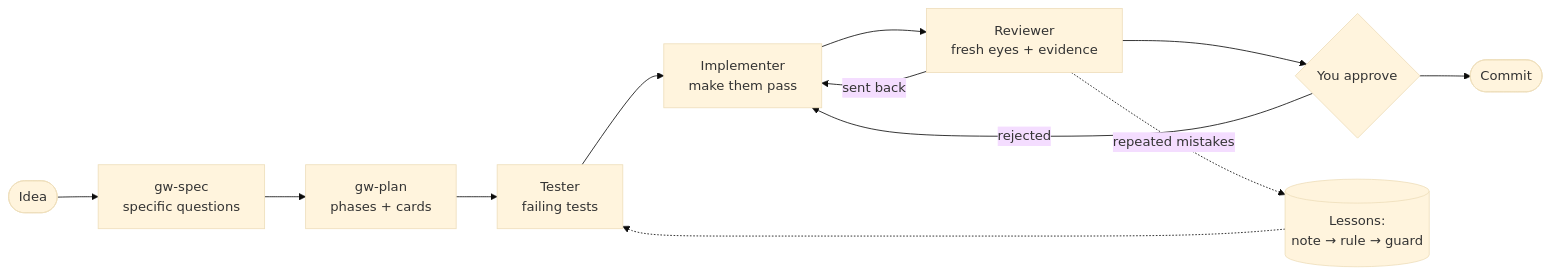
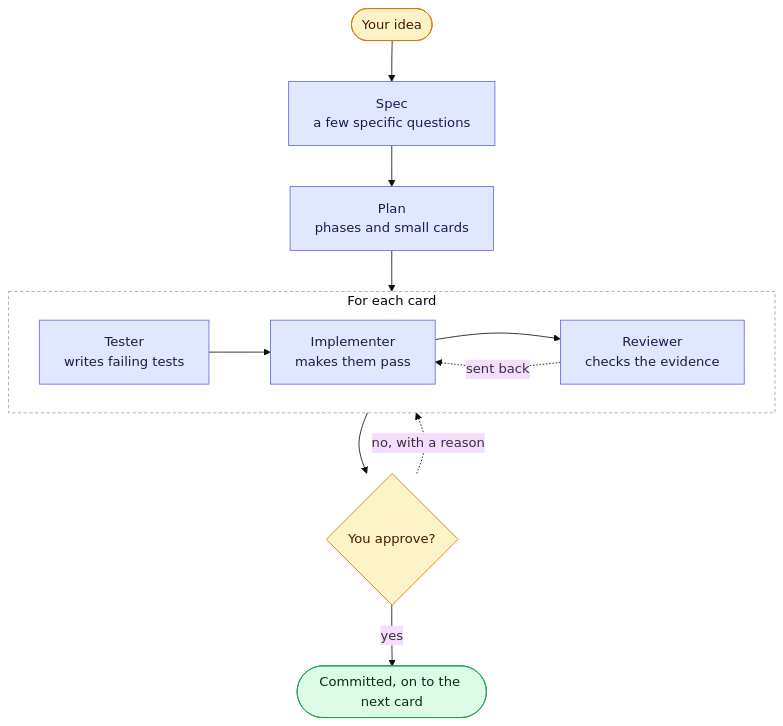
The diagram in README.md (ramesesbarria/groundwork), drawn with Mermaid (base theme) before and after one commit. The commit also changed other lines of this file and 4 other files, not shown here.

First line of the commit message:
README: clearer graph, getting started, commands

````diff
--- a/README.md
+++ b/README.md
@@ -12,14 +12,25 @@
 ```mermaid
-flowchart LR
-  idea([Idea]) --> spec[gw-spec<br/>specific questions]
-  spec --> plan[gw-plan<br/>phases + cards]
-  plan --> tester[Tester<br/>failing tests]
-  tester --> impl[Implementer<br/>make them pass]
-  impl --> review[Reviewer<br/>fresh eyes + evidence]
-  review -- sent back --> impl
-  review --> you{You approve}
-  you -- rejected --> impl
-  you --> commit([Commit])
-  review -. repeated mistakes .-> ledger[(Lessons:<br/>note → rule → guard)]
-  ledger -.-> tester
+flowchart TD
+  idea([Your idea]) --> spec[Spec<br/>a few specific questions]
+  spec --> plan[Plan<br/>phases and small cards]
+  plan --> card
+
+  subgraph card [For each card]
+    direction LR
+    tester[Tester<br/>writes failing tests] --> impl[Implementer<br/>makes them pass]
+    impl --> review[Reviewer<br/>checks the evidence]
+    review -. sent back .-> impl
+  end
+
+  card --> approve{You approve?}
+  approve -- yes --> commit([Committed, on to the next card])
+  approve -. no, with a reason .-> card
+
+  classDef you fill:#fef3c7,stroke:#d97706,color:#451a03
+  classDef agent fill:#e0e7ff,stroke:#6366f1,color:#1e1b4b
+  classDef done fill:#dcfce7,stroke:#16a34a,color:#052e16
+  class idea,approve you
+  class spec,plan,tester,impl,review agent
+  class commit done
+  style card fill:none,stroke:#94a3b8,stroke-dasharray:4 3
 ```
````
